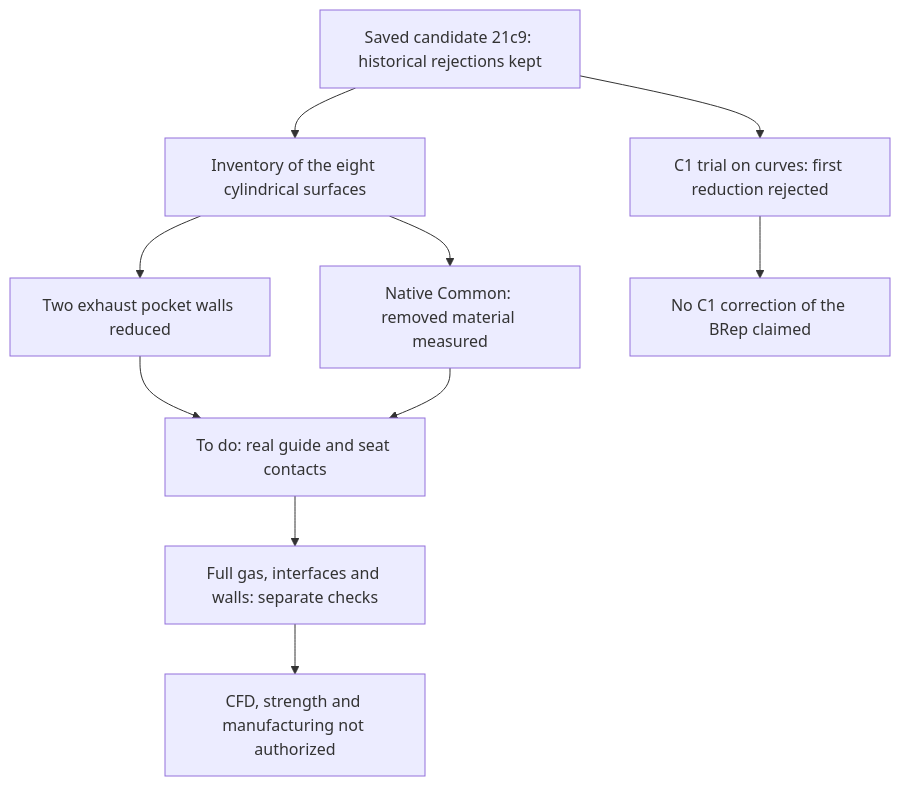
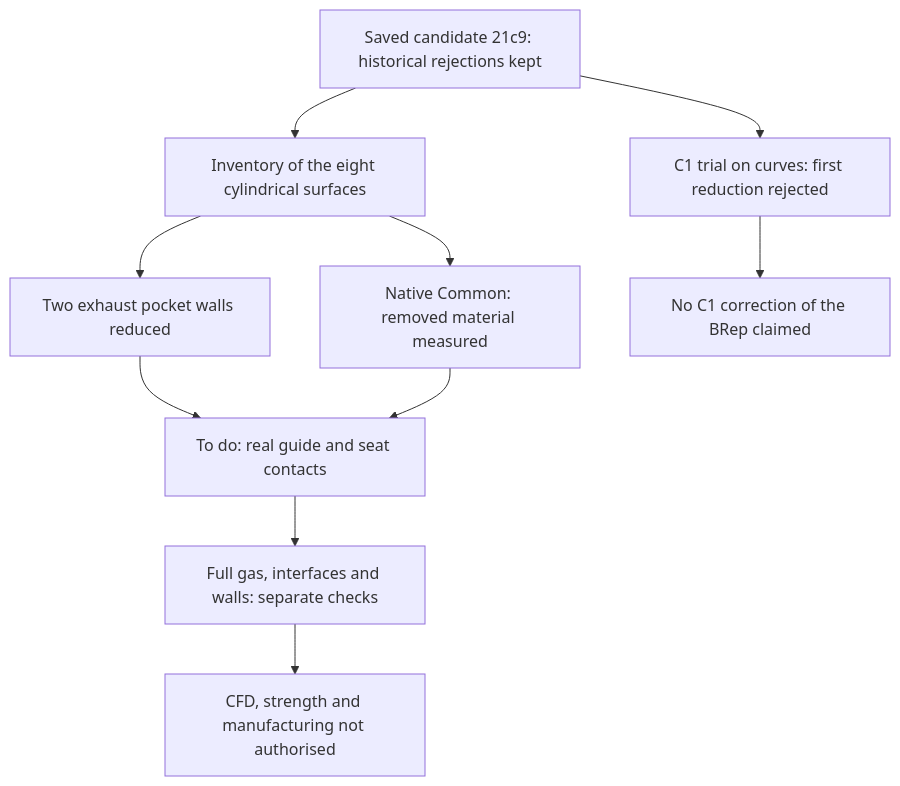
Before and after one commit to cluster2600/porscheparts: the diagram in docs/reports/M64_EXHAUST_MATERIAL_CONTROLS_20260908.md, drawn with Mermaid. The commit also changed other lines of this file and 480 other files, not shown here.

````diff
--- a/docs/reports/M64_EXHAUST_MATERIAL_CONTROLS_20260908.md
+++ b/docs/reports/M64_EXHAUST_MATERIAL_CONTROLS_20260908.md
@@ -87,12 +87,12 @@
 ```mermaid
 flowchart TD
     A["Saved candidate 21c9: historical rejections kept"] --> B["C1 trial on curves: first reduction rejected"]
     A --> C["Inventory of the eight cylindrical surfaces"]
     C --> D["Two exhaust pocket walls reduced"]
     C --> E["Native Common: removed material measured"]
     D --> F["To do: real guide and seat contacts"]
     E --> F
     F --> G["Full gas, interfaces and walls: separate checks"]
     B --> H["No C1 correction of the BRep claimed"]
-    G --> I["CFD, strength and manufacturing not authorized"]
+    G --> I["CFD, strength and manufacturing not authorised"]
 ```
````
